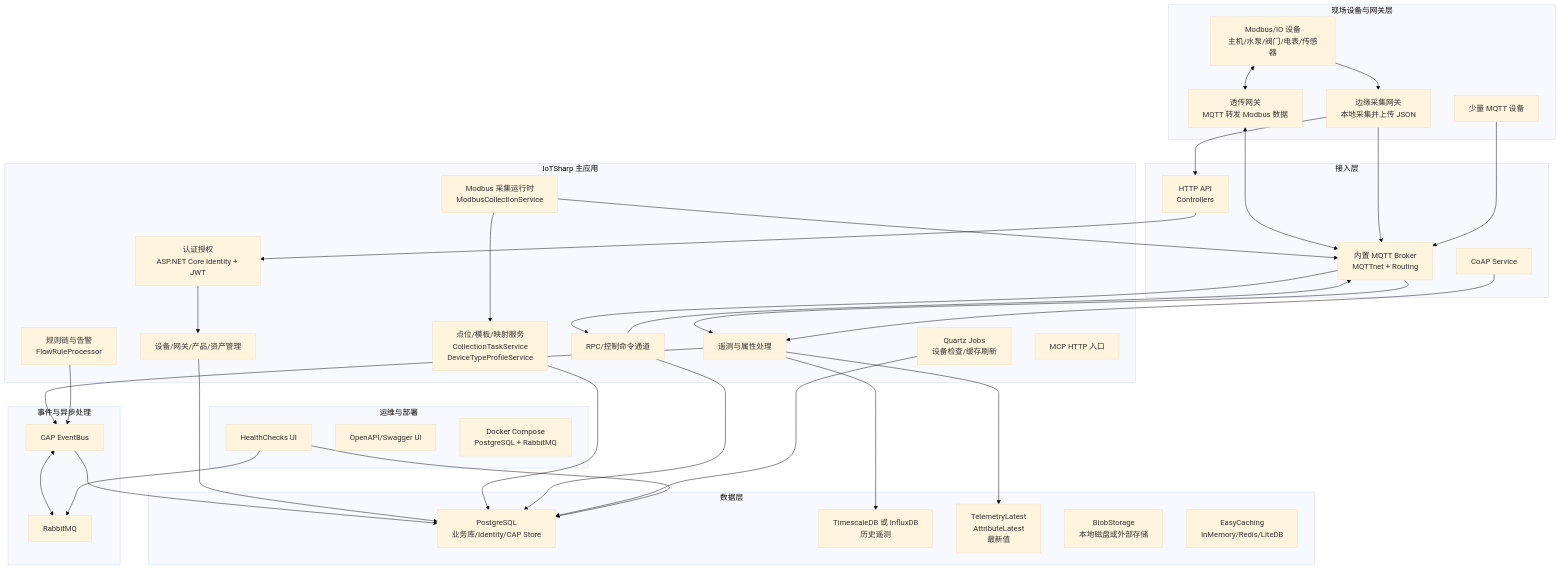
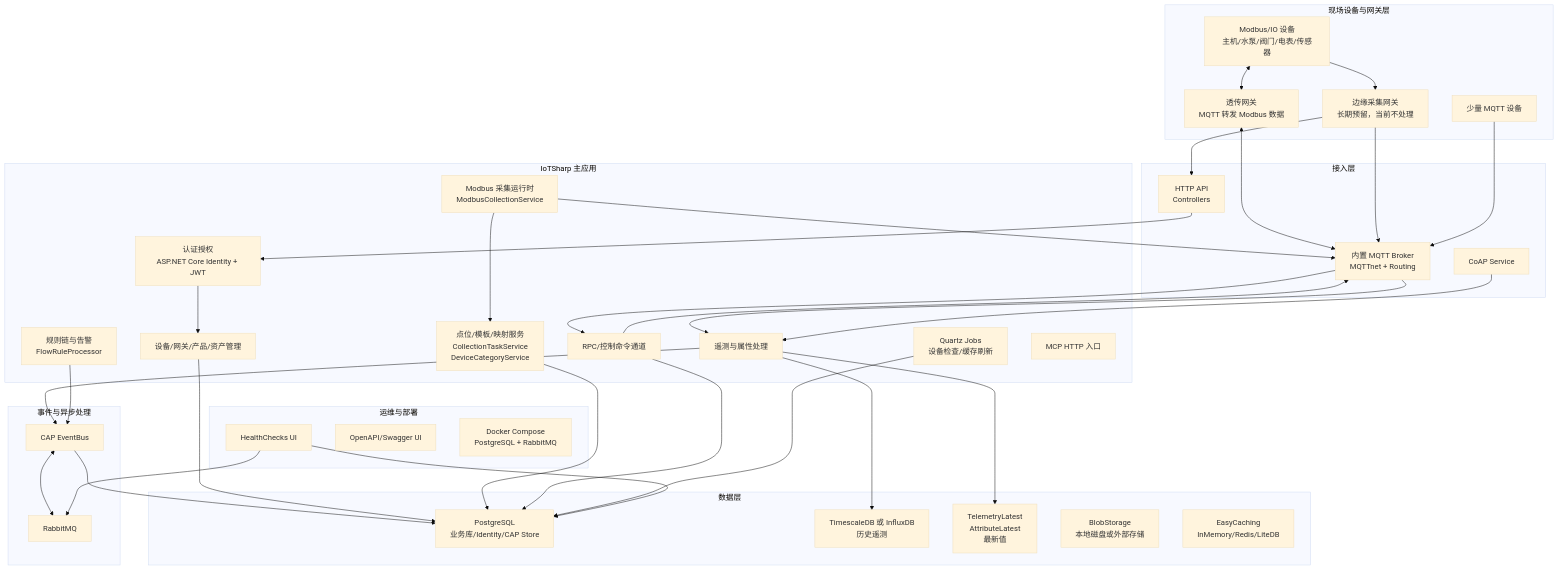
Before and after one commit to yj21world/IoTSharp: the first of 4 diagrams in docs/ways-of-work/plan/hvac-cloud-platform/arch.md, drawn with Mermaid (base theme). The commit also changed other lines of this file and 16 other files, not shown here.

````diff
--- a/docs/ways-of-work/plan/hvac-cloud-platform/arch.md
+++ b/docs/ways-of-work/plan/hvac-cloud-platform/arch.md
@@ -15,73 +15,73 @@
 ```mermaid
 flowchart TB
     subgraph Field["现场设备与网关层"]
         ModbusDevices["Modbus/IO 设备<br/>主机/水泵/阀门/电表/传感器"]
         TransparentGateway["透传网关<br/>MQTT 转发 Modbus 数据"]
-        EdgeGateway["边缘采集网关<br/>本地采集并上传 JSON"]
+        EdgeGateway["边缘采集网关<br/>长期预留，当前不处理"]
         MQTTDevice["少量 MQTT 设备"]
         ModbusDevices <--> TransparentGateway
         ModbusDevices --> EdgeGateway
     end
 
     subgraph Access["接入层"]
         HTTP["HTTP API<br/>Controllers"]
         MQTT["内置 MQTT Broker<br/>MQTTnet + Routing"]
         CoAP["CoAP Service"]
     end
 
     subgraph App["IoTSharp 主应用"]
         Auth["认证授权<br/>ASP.NET Core Identity + JWT"]
         DeviceMgmt["设备/网关/产品/资产管理"]
         Collection["Modbus 采集运行时<br/>ModbusCollectionService"]
-        Mapping["点位/模板/映射服务<br/>CollectionTaskService<br/>DeviceTypeProfileService"]
+        Mapping["点位/模板/映射服务<br/>CollectionTaskService<br/>DeviceCategoryService"]
         Telemetry["遥测与属性处理"]
         Command["RPC/控制命令通道"]
         Rules["规则链与告警<br/>FlowRuleProcessor"]
         Jobs["Quartz Jobs<br/>设备检查/缓存刷新"]
         Mcp["MCP HTTP 入口"]
     end
 
     subgraph Eventing["事件与异步处理"]
         CAP["CAP EventBus"]
         RabbitMQ["RabbitMQ"]
     end
 
     subgraph Data["数据层"]
         PostgreSQL["PostgreSQL<br/>业务库/Identity/CAP Store"]
         TimeSeries["TimescaleDB 或 InfluxDB<br/>历史遥测"]
         Latest["TelemetryLatest<br/>AttributeLatest<br/>最新值"]
         Blob["BlobStorage<br/>本地磁盘或外部存储"]
         Cache["EasyCaching<br/>InMemory/Redis/LiteDB"]
     end
 
     subgraph Ops["运维与部署"]
         Health["HealthChecks UI"]
         Swagger["OpenAPI/Swagger UI"]
         Docker["Docker Compose<br/>PostgreSQL + RabbitMQ"]
     end
 
     TransparentGateway <--> MQTT
     EdgeGateway --> MQTT
     EdgeGateway --> HTTP
     MQTTDevice --> MQTT
     HTTP --> Auth
     MQTT --> Telemetry
     MQTT --> Command
     CoAP --> Telemetry
     Auth --> DeviceMgmt
     DeviceMgmt --> PostgreSQL
     Mapping --> PostgreSQL
     Collection --> MQTT
     Collection --> Mapping
     Telemetry --> Latest
     Telemetry --> TimeSeries
     Telemetry --> CAP
     Command --> MQTT
     Command --> PostgreSQL
     Rules --> CAP
     CAP <--> RabbitMQ
     CAP --> PostgreSQL
     Jobs --> PostgreSQL
     Health --> PostgreSQL
     Health --> RabbitMQ
 ```
````
